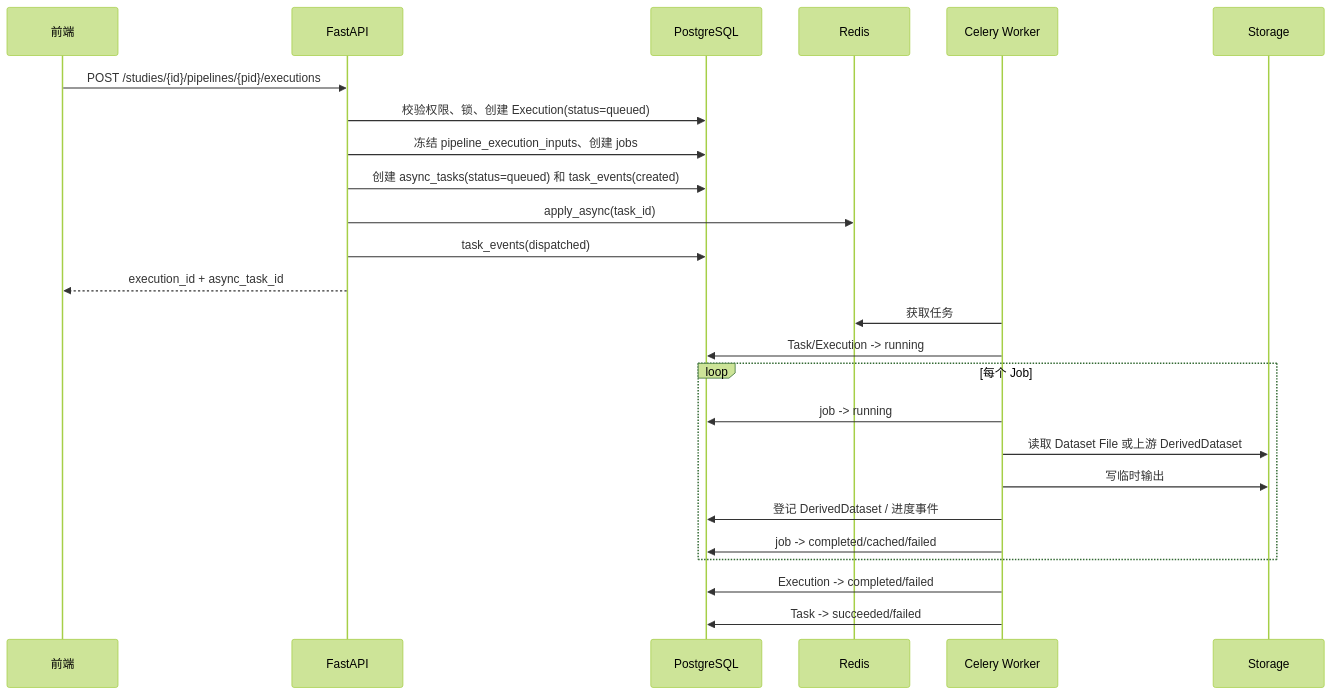
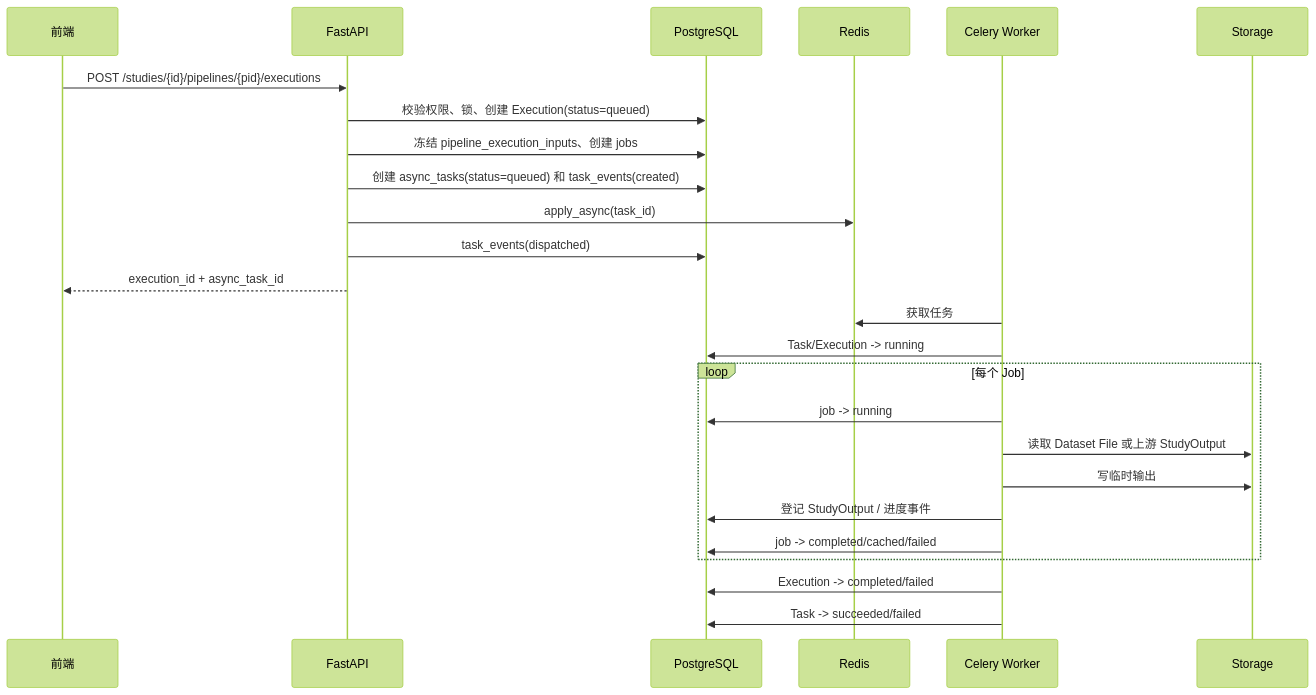
One commit to NoraJinxy/Niantong_GH_version changed the third of 4 diagrams in wiki/docs/2-60-任务队列与异步架构.md. Above: the diagram before and after it, drawn with Mermaid (forest theme). The commit also changed other lines of this file and 39 other files, not shown here.

First line of the commit message:
docs(retention): wiki 收尾 — 批量改名 derived_dataset→输出/StudyOutput + 3-45 概念页重写

````diff
--- a/wiki/docs/2-60-任务队列与异步架构.md
+++ b/wiki/docs/2-60-任务队列与异步架构.md
@@ -181,28 +181,28 @@
 ```mermaid
 sequenceDiagram
   participant FE as 前端
   participant API as FastAPI
   participant DB as PostgreSQL
   participant Q as Redis
   participant W as Celery Worker
   participant FS as Storage
 
   FE->>API: POST /studies/{id}/pipelines/{pid}/executions
   API->>DB: 校验权限、锁、创建 Execution(status=queued)
   API->>DB: 冻结 pipeline_execution_inputs、创建 jobs
   API->>DB: 创建 async_tasks(status=queued) 和 task_events(created)
   API->>Q: apply_async(task_id)
   API->>DB: task_events(dispatched)
   API-->>FE: execution_id + async_task_id
   W->>Q: 获取任务
   W->>DB: Task/Execution -> running
   loop 每个 Job
     W->>DB: job -> running
-    W->>FS: 读取 Dataset File 或上游 DerivedDataset
+    W->>FS: 读取 Dataset File 或上游 StudyOutput
     W->>FS: 写临时输出
-    W->>DB: 登记 DerivedDataset / 进度事件
+    W->>DB: 登记 StudyOutput / 进度事件
     W->>DB: job -> completed/cached/failed
   end
   W->>DB: Execution -> completed/failed
   W->>DB: Task -> succeeded/failed
 ```
````
